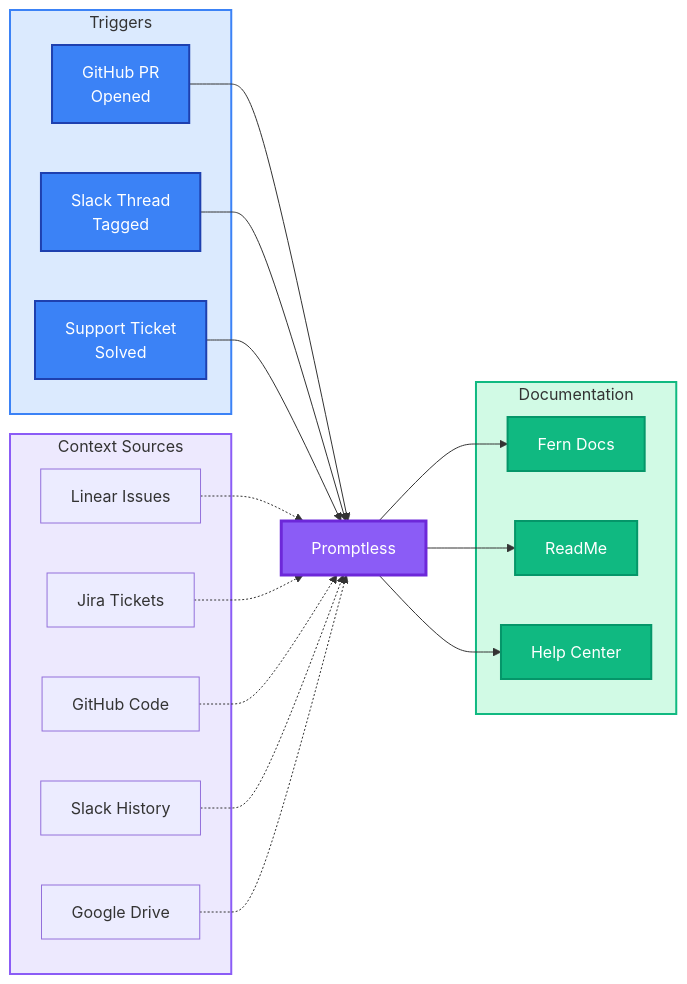
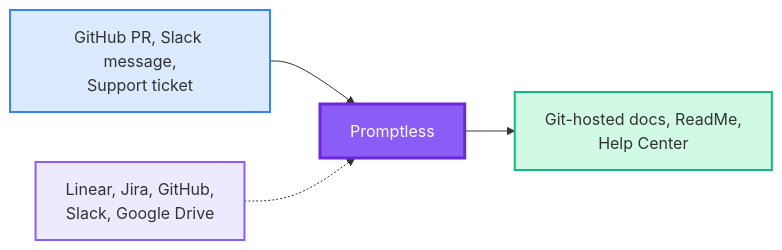
The diagram in fern/docs/index.mdx (Promptless/docs), drawn with Mermaid before and after one commit.

Commit message:
Sync documentation updates from Promptless agent

````diff
--- a/fern/docs/index.mdx
+++ b/fern/docs/index.mdx
@@ -23,49 +23,16 @@
 ```mermaid
 graph LR
-    subgraph triggers["Triggers"]
-        PR["GitHub PR<br/>Opened"]
-        SLACK["Slack Thread<br/>Tagged"]
-        TICKET["Support Ticket<br/>Solved"]
-    end
+    TRIGGERS["GitHub PR, Slack message,<br/>Support ticket"]
+    CONTEXT["Linear, Jira, GitHub,<br/>Slack, Google Drive"]
+    DOCS["Git-hosted docs, ReadMe,<br/>Help Center"]
     
-    subgraph context["Context Sources"]
-        LINEAR["Linear Issues"]
-        JIRA["Jira Tickets"]
-        GITHUB["GitHub Code"]
-        SLACKC["Slack History"]
-        DRIVE["Google Drive"]
-    end
+    TRIGGERS --> PROMPTLESS
+    PROMPTLESS["Promptless"]
+    CONTEXT -.-> PROMPTLESS
+    PROMPTLESS --> DOCS
     
-    subgraph docs["Documentation"]
-        FERN["Fern Docs"]
-        README["ReadMe"]
-        ZENDESK["Help Center"]
-    end
-    
-    PR --> PROMPTLESS
-    SLACK --> PROMPTLESS
-    TICKET --> PROMPTLESS
-    
-    PROMPTLESS["Promptless"]
-    
-    LINEAR -.-> PROMPTLESS
-    JIRA -.-> PROMPTLESS
-    GITHUB -.-> PROMPTLESS
-    SLACKC -.-> PROMPTLESS
-    DRIVE -.-> PROMPTLESS
-    
-    PROMPTLESS --> FERN
-    PROMPTLESS --> README
-    PROMPTLESS --> ZENDESK
-    
-    style triggers fill:#dbeafe,stroke:#3b82f6,stroke-width:2px
-    style context fill:#ede9fe,stroke:#8b5cf6,stroke-width:2px
-    style docs fill:#d1fae5,stroke:#10b981,stroke-width:2px
+    style TRIGGERS fill:#dbeafe,stroke:#3b82f6,stroke-width:2px
+    style CONTEXT fill:#ede9fe,stroke:#8b5cf6,stroke-width:2px
+    style DOCS fill:#d1fae5,stroke:#10b981,stroke-width:2px
     style PROMPTLESS fill:#8b5cf6,stroke:#6d28d9,stroke-width:3px,color:#fff
-    style PR fill:#3b82f6,stroke:#1e40af,stroke-width:2px,color:#fff
-    style SLACK fill:#3b82f6,stroke:#1e40af,stroke-width:2px,color:#fff
-    style TICKET fill:#3b82f6,stroke:#1e40af,stroke-width:2px,color:#fff
-    style FERN fill:#10b981,stroke:#059669,stroke-width:2px,color:#fff
-    style README fill:#10b981,stroke:#059669,stroke-width:2px,color:#fff
-    style ZENDESK fill:#10b981,stroke:#059669,stroke-width:2px,color:#fff
 ```
````
